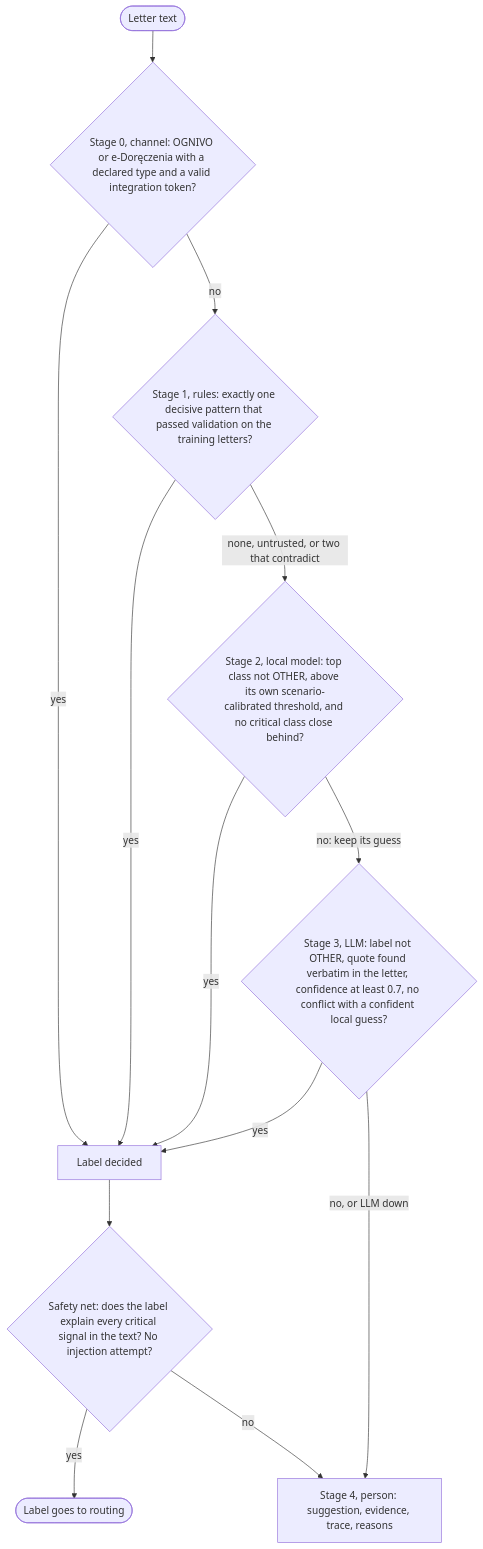
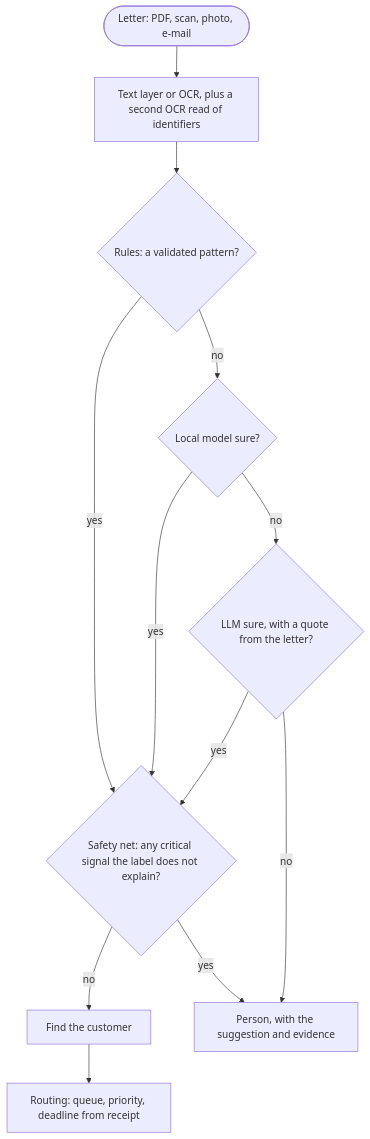
The diagram in README.md (mateuszkania-im/doc-router), drawn with Mermaid before and after one commit. The commit also changed other lines of this file, not shown here.

````diff
--- a/README.md
+++ b/README.md
@@ -74,15 +37,14 @@
 ```mermaid
 flowchart TD
-  START([Letter text]) --> C{"Stage 0, channel: OGNIVO or e-Doręczenia with a declared type and a valid integration token?"}
-  C -- yes --> DEC
-  C -- no --> R{"Stage 1, rules: exactly one decisive pattern that passed validation on the training letters?"}
-  R -- yes --> DEC
-  R -- "none, untrusted, or two that contradict" --> L{"Stage 2, local model: top class not OTHER, above its own scenario-calibrated threshold, and no critical class close behind?"}
-  L -- yes --> DEC
-  L -- "no: keep its guess" --> M{"Stage 3, LLM: label not OTHER, quote found verbatim in the letter, confidence at least 0.7, no conflict with a confident local guess?"}
-  M -- yes --> DEC
-  M -- "no, or LLM down" --> H["Stage 4, person: suggestion, evidence, trace, reasons"]
-  DEC[Label decided] --> NET{"Safety net: does the label explain every critical signal in the text? No injection attempt?"}
-  NET -- yes --> OK([Label goes to routing])
-  NET -- no --> H
+  IN([Letter: PDF, scan, photo, e-mail]) --> TXT[Text layer or OCR, plus a second OCR read of identifiers]
+  TXT --> R{Rules: a validated pattern?}
+  R -- yes --> NET
+  R -- no --> L{Local model sure?}
+  L -- yes --> NET
+  L -- no --> M{LLM sure, with a quote from the letter?}
+  M -- yes --> NET
+  M -- no --> H[Person, with the suggestion and evidence]
+  NET{Safety net: any critical signal the label does not explain?} -- no --> C[Find the customer]
+  NET -- yes --> H
+  C --> Q[Routing: queue, priority, deadline from receipt]
 ```
````
